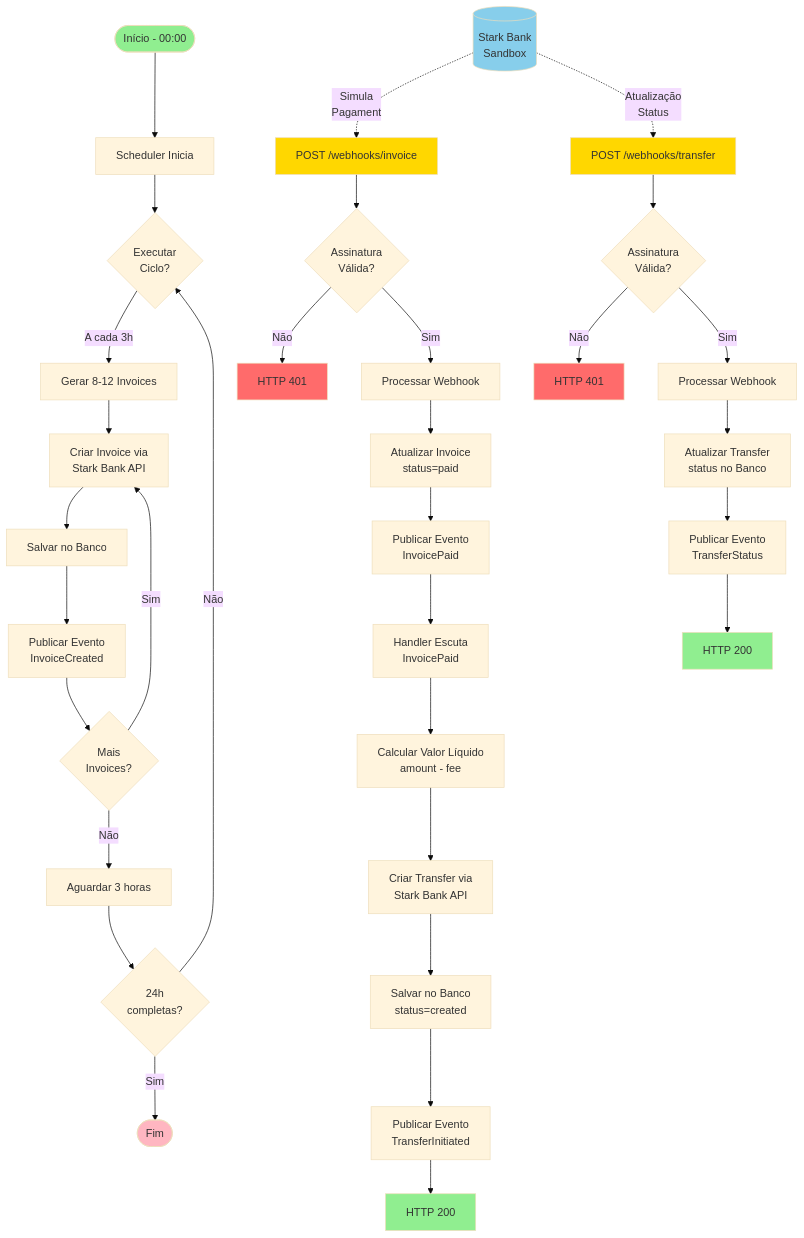
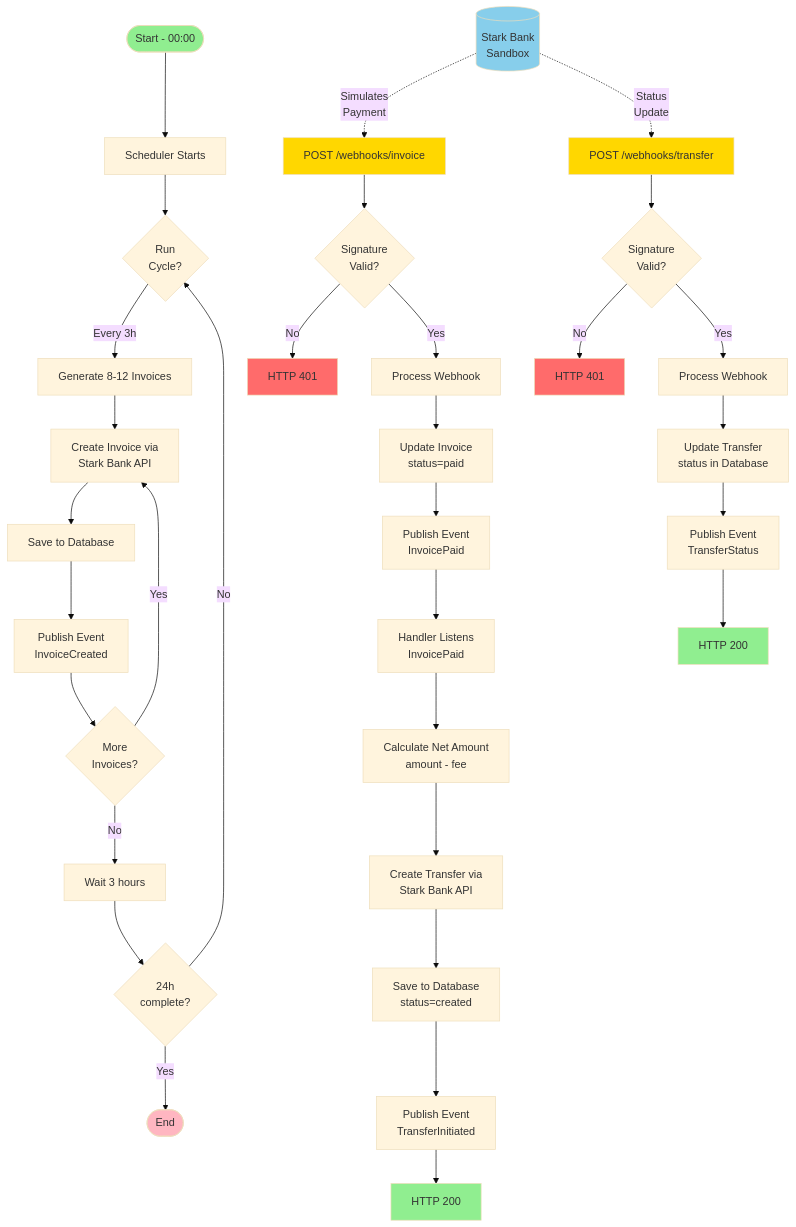
Before and after one commit to rcaran/stark-bank-challenge: the first of 8 diagrams in docs/challenge.md, drawn with Mermaid (base theme). The commit also changed other lines of this file and 13 other files, not shown here.

````diff
--- a/docs/challenge.md
+++ b/docs/challenge.md
@@ -347,51 +344,51 @@
 ```mermaid
 graph TB
-    Start([Início - 00:00]) --> Scheduler[Scheduler Inicia]
-    Scheduler --> Cycle{Executar<br/>Ciclo?}
+    Start([Start - 00:00]) --> Scheduler[Scheduler Starts]
+    Scheduler --> Cycle{Run<br/>Cycle?}
     
-    Cycle -->|A cada 3h| Generate[Gerar 8-12 Invoices]
-    Generate --> CreateInv[Criar Invoice via<br/>Stark Bank API]
-    CreateInv --> SaveInv[Salvar no Banco]
-    SaveInv --> EventInv[Publicar Evento<br/>InvoiceCreated]
-    EventInv --> MoreInv{Mais<br/>Invoices?}
+    Cycle -->|Every 3h| Generate[Generate 8-12 Invoices]
+    Generate --> CreateInv[Create Invoice via<br/>Stark Bank API]
+    CreateInv --> SaveInv[Save to Database]
+    SaveInv --> EventInv[Publish Event<br/>InvoiceCreated]
+    EventInv --> MoreInv{More<br/>Invoices?}
     
-    MoreInv -->|Sim| CreateInv
-    MoreInv -->|Não| Wait[Aguardar 3 horas]
-    Wait --> Check{24h<br/>completas?}
+    MoreInv -->|Yes| CreateInv
+    MoreInv -->|No| Wait[Wait 3 hours]
+    Wait --> Check{24h<br/>complete?}
     
-    Check -->|Não| Cycle
-    Check -->|Sim| End([Fim])
+    Check -->|No| Cycle
+    Check -->|Yes| End([End])
     
-    %% Fluxo paralelo - Webhooks de Invoice
-    StarkBank[(Stark Bank<br/>Sandbox)] -.Simula<br/>Pagamento.-> Webhook[POST /webhooks/invoice]
-    Webhook --> ValidateSig{Assinatura<br/>Válida?}
-    ValidateSig -->|Não| Reject[HTTP 401]
-    ValidateSig -->|Sim| ProcessWH[Processar Webhook]
-    ProcessWH --> UpdateInv[Atualizar Invoice<br/>status=paid]
-    UpdateInv --> EventPaid[Publicar Evento<br/>InvoicePaid]
-    EventPaid --> ListenTransfer[Handler Escuta<br/>InvoicePaid]
-    ListenTransfer --> CalcNet[Calcular Valor Líquido<br/>amount - fee]
-    CalcNet --> CreateTransfer[Criar Transfer via<br/>Stark Bank API]
-    CreateTransfer --> SaveTransfer[Salvar no Banco<br/>status=created]
-    SaveTransfer --> EventTransfer[Publicar Evento<br/>TransferInitiated]
+    %% Parallel flow - Invoice Webhooks
+    StarkBank[(Stark Bank<br/>Sandbox)] -.Simulates<br/>Payment.-> Webhook[POST /webhooks/invoice]
+    Webhook --> ValidateSig{Signature<br/>Valid?}
+    ValidateSig -->|No| Reject[HTTP 401]
+    ValidateSig -->|Yes| ProcessWH[Process Webhook]
+    ProcessWH --> UpdateInv[Update Invoice<br/>status=paid]
+    UpdateInv --> EventPaid[Publish Event<br/>InvoicePaid]
+    EventPaid --> ListenTransfer[Handler Listens<br/>InvoicePaid]
+    ListenTransfer --> CalcNet[Calculate Net Amount<br/>amount - fee]
+    CalcNet --> CreateTransfer[Create Transfer via<br/>Stark Bank API]
+    CreateTransfer --> SaveTransfer[Save to Database<br/>status=created]
+    SaveTransfer --> EventTransfer[Publish Event<br/>TransferInitiated]
     EventTransfer --> Done[HTTP 200]
     
-    %% Fluxo paralelo - Webhooks de Transfer
-    StarkBank -.Atualização<br/>Status.-> WebhookTrf[POST /webhooks/transfer]
-    WebhookTrf --> ValidateSigTrf{Assinatura<br/>Válida?}
-    ValidateSigTrf -->|Não| RejectTrf[HTTP 401]
-    ValidateSigTrf -->|Sim| ProcessWHTrf[Processar Webhook]
-    ProcessWHTrf --> UpdateTrf[Atualizar Transfer<br/>status no Banco]
-    UpdateTrf --> EventTrfStatus[Publicar Evento<br/>TransferStatus]
+    %% Parallel flow - Transfer Webhooks
+    StarkBank -.Status<br/>Update.-> WebhookTrf[POST /webhooks/transfer]
+    WebhookTrf --> ValidateSigTrf{Signature<br/>Valid?}
+    ValidateSigTrf -->|No| RejectTrf[HTTP 401]
+    ValidateSigTrf -->|Yes| ProcessWHTrf[Process Webhook]
+    ProcessWHTrf --> UpdateTrf[Update Transfer<br/>status in Database]
+    UpdateTrf --> EventTrfStatus[Publish Event<br/>TransferStatus]
     EventTrfStatus --> DoneTrf[HTTP 200]
     
     style Start fill:#90EE90
     style End fill:#FFB6C1
     style StarkBank fill:#87CEEB
     style Webhook fill:#FFD700
     style WebhookTrf fill:#FFD700
     style Reject fill:#FF6B6B
     style RejectTrf fill:#FF6B6B
     style Done fill:#90EE90
     style DoneTrf fill:#90EE90
 ```
````
